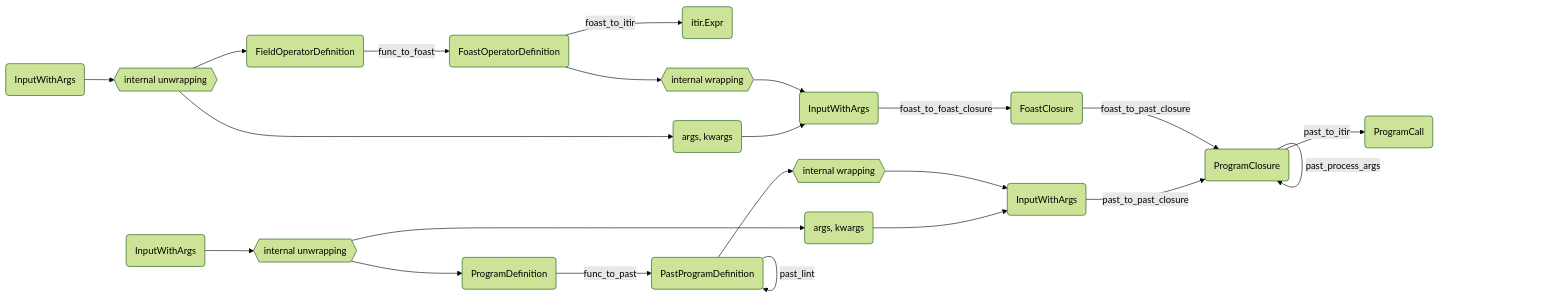
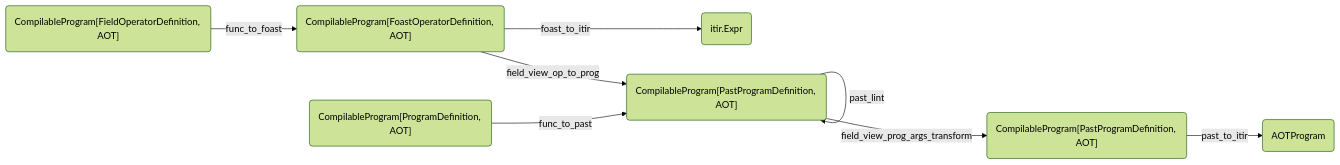
The first of 10 diagrams in docs/user/next/advanced/ToolchainWalkthrough.md (GridTools/gt4py), drawn with Mermaid (forest theme) before and after one commit. The commit also changed other lines of this file and 48 other files, not shown here.

````diff
--- a/docs/user/next/advanced/ToolchainWalkthrough.md
+++ b/docs/user/next/advanced/ToolchainWalkthrough.md
@@ -22,26 +23,12 @@
 ```mermaid
 graph LR
 
-fdef(FieldOperatorDefinition) -->|func_to_foast| foast(FoastOperatorDefinition)
+fdef("CompilableProgram[FieldOperatorDefinition, AOT]") -->|func_to_foast| foast("CompilableProgram[FoastOperatorDefinition, AOT]")
 foast -->|foast_to_itir| itir_expr(itir.Expr)
-foasta -->|foast_to_foast_closure| fclos(FoastClosure)
-fclos -->|foast_to_past_closure| pclos(PastClosure)
-pclos -->|past_process_args| pclos
-pclos -->|past_to_itir| pcall(ProgramCall)
+foast -->|field_view_op_to_prog| past("CompilableProgram[PastProgramDefinition, AOT]")
+past -->|past_lint| past
+past -->|field_view_prog_args_transform| tapast("CompilableProgram[PastProgramDefinition, AOT]")
+tapast -->|past_to_itir| pcall(AOTProgram)
 
-pdef(ProgramDefinition) -->|func_to_past| past(PastProgramDefinition)
-past -->|past_lint| past
-pasta -->|past_to_past_closure| pclos(ProgramClosure)
-
-fdefa(InputWithArgs) --> fuwr{{"internal unwrapping"}} --> fdef
-fuwr --> fargs(args, kwargs)
-
-foast --> fiwr{{"internal wrapping"}} --> foasta(InputWithArgs)
-fargs --> foasta
-
-pdefa(InputWithArgs) --> puwr{{"internal unwrapping"}} --> pdef
-puwr --> pargs(args, kwargs)
-
-past --> piwr{{"internal wrapping"}} --> pasta(InputWithArgs)
-pargs --> pasta
+pdef("CompilableProgram[ProgramDefinition, AOT]") -->|func_to_past| past("CompilableProgram[PastProgramDefinition, AOT]")
 ```
````
